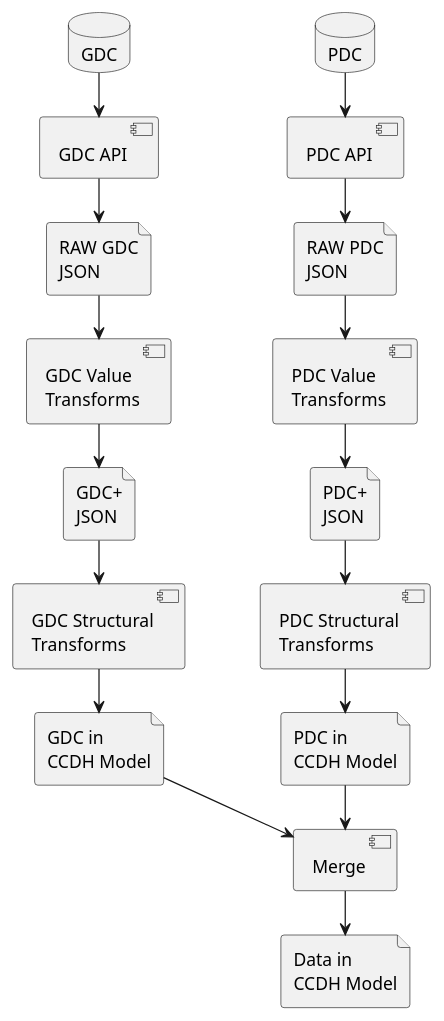
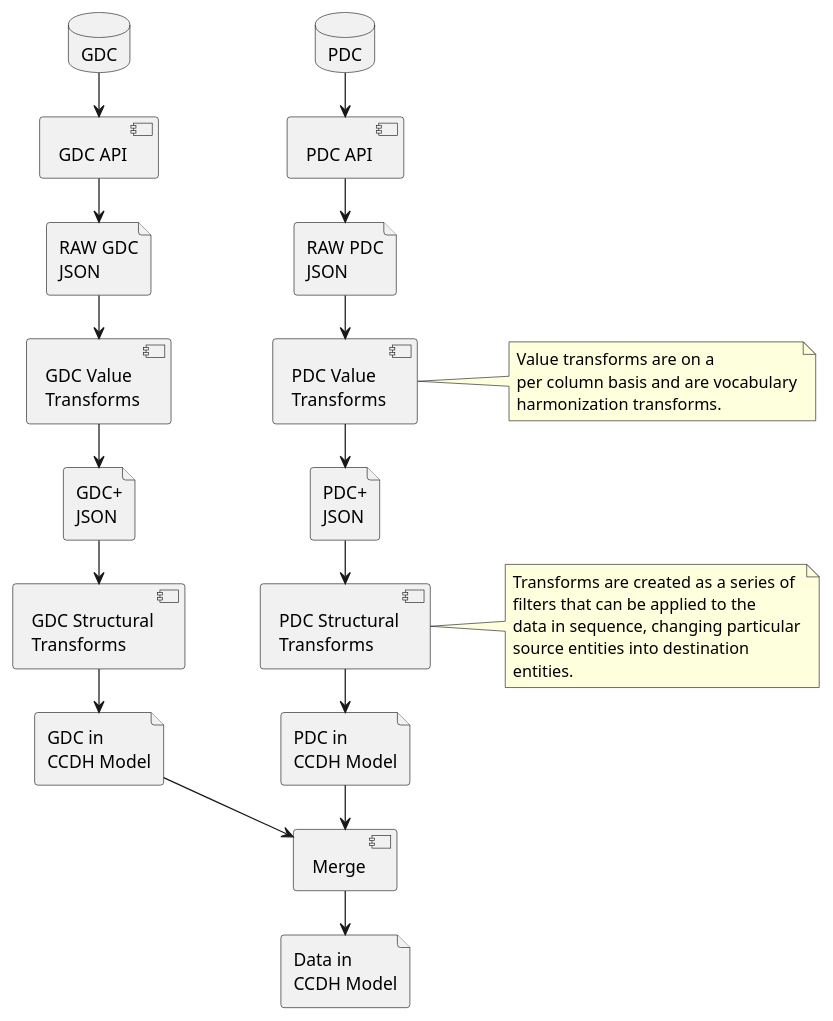
Before and after one commit to CancerDataAggregator/transform: the diagram in flow.puml, drawn with PlantUML. The commit also changed 1 other file, not shown here.

Commit message:
Add notes to flow diagram

```diff
--- a/flow.puml
+++ b/flow.puml
@@ -1,46 +1,58 @@
 @startuml overallflow
 
 left to right direction
 
 database GDC
 component "GDC API" as gdc_api
 file "RAW GDC\nJSON" as raw_gdc_json
 component "GDC Value\nTransforms" as gdc_val_xform
 file "GDC+\nJSON" as gdc_plus_json
 component "GDC Structural\nTransforms" as gdc_s_xform
 file "GDC in\nCCDH Model" as gdc_cda_model
 
 GDC -> gdc_api 
 gdc_api -> raw_gdc_json
 raw_gdc_json -> gdc_val_xform 
 gdc_val_xform -> gdc_plus_json
 gdc_plus_json -> gdc_s_xform
 gdc_s_xform -> gdc_cda_model
 
 
 database PDC
 component "PDC API" as pdc_api
 file "RAW PDC\nJSON" as raw_pdc_json
 component "PDC Value\nTransforms" as pdc_val_xform
+note right
+Value transforms are on a 
+per column basis and are vocabulary
+harmonization transforms.
+end note
 file "PDC+\nJSON" as pdc_plus_json
 component "PDC Structural\nTransforms" as pdc_s_xform
+note right
+Transforms are created as a series of
+filters that can be applied to the
+data in sequence, changing particular
+source entities into destination
+entities.
+end note
 file "PDC in\nCCDH Model" as pdc_cda_model
 
 PDC -> pdc_api 
 pdc_api -> raw_pdc_json
 raw_pdc_json -> pdc_val_xform 
 pdc_val_xform -> pdc_plus_json
 pdc_plus_json -> pdc_s_xform
 pdc_s_xform -> pdc_cda_model
 
 GDC --[hidden]> PDC
 gdc_cda_model --[hidden]> pdc_cda_model
 
 component Merge
 gdc_cda_model -> Merge
 pdc_cda_model -> Merge
 
 file "Data in\nCCDH Model" as ccdh_model
 Merge -> ccdh_model 
 
 @enduml
```
